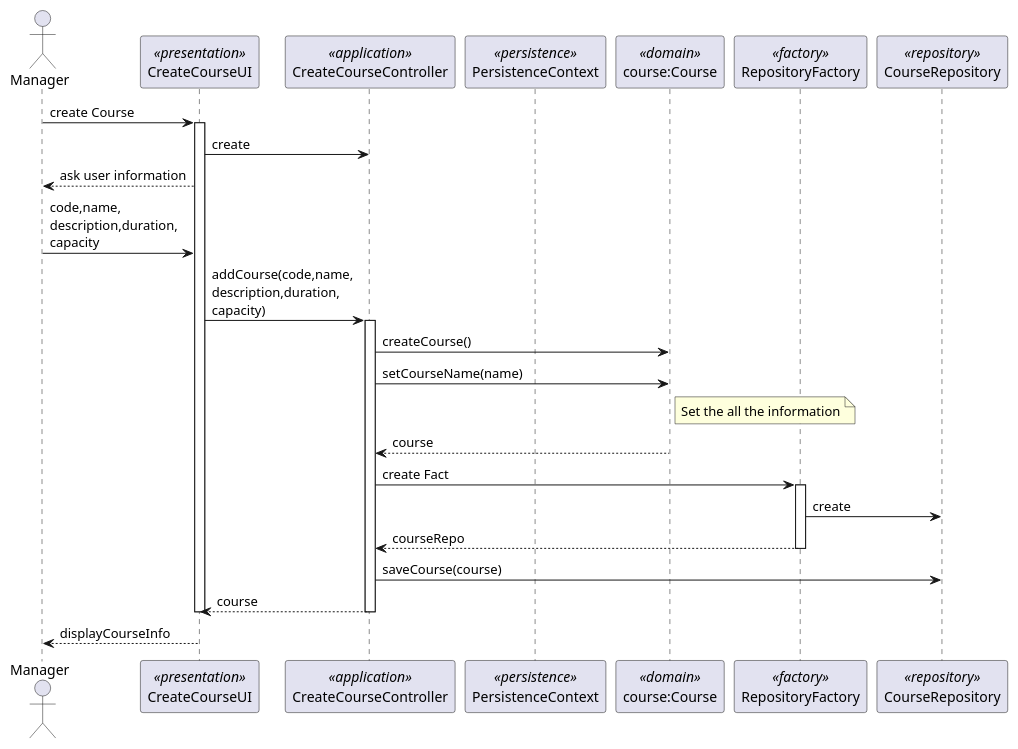
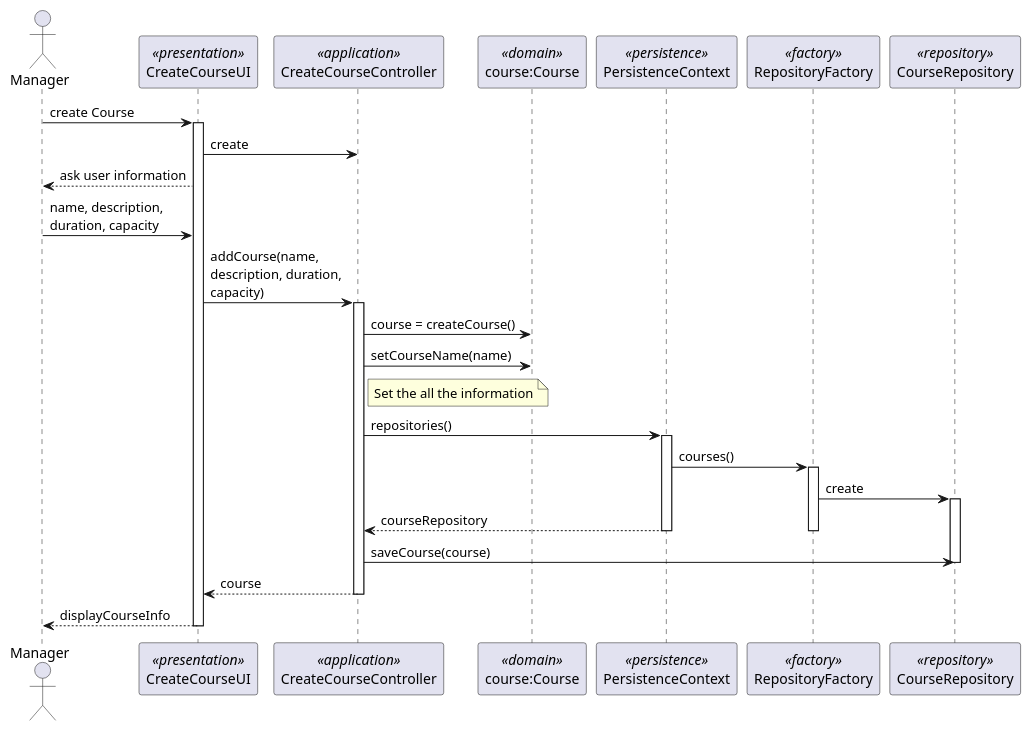
Before and after one commit to jovami/isep-lapr4: the diagram in docs/createCourse/SD.puml, drawn with PlantUML. The commit also changed 1 other file, not shown here.

Commit message:
docs(us_3002): Create Board Design

```diff
--- a/docs/createCourse/SD.puml
+++ b/docs/createCourse/SD.puml
@@ -1,37 +1,40 @@
 @startuml
 
 skinparam packageStyle rect
 skinparam shadowing false
 
 actor Manager as Actor
 participant CreateCourseUI as UI <<presentation>> order 1
 participant CreateCourseController as Controller <<application>> order 2
-participant PersistenceContext as Persistence <<persistence>> order 3
-participant CreateCourseUi as UI <<presentation>> order 4
-participant "course:Course" as Course <<domain>> order 5
-participant RepositoryFactory as Fact <<factory>> order 6
-participant CourseRepository as Repo <<repository>> order 7
+participant "course:Course" as Course <<domain>> order 3
+participant PersistenceContext as Persistence <<persistence>> order 4
+participant RepositoryFactory as Fact <<factory>> order 5
+participant CourseRepository as Repo <<repository>> order 6
 
 Actor -> UI : create Course
 activate UI
     UI -> Controller : create
     Actor <-- UI : ask user information
-    Actor -> UI : code,name,\ndescription,duration,\ncapacity
-    UI -> Controller : addCourse(code,name,\ndescription,duration,\ncapacity)
+    Actor -> UI : name, description,\nduration, capacity
+    UI -> Controller : addCourse(name,\ndescription, duration,\ncapacity)
     activate Controller
-            Controller -> Course : createCourse()
+            Controller -> Course : course = createCourse()
             Controller -> Course : setCourseName(name)
-            note right of Course: Set the all the information
-            Controller <-- Course : course
-            Controller -> Fact : create Fact
+            note right of Controller: Set the all the information
+            Controller -> Persistence : repositories()
+            activate Persistence
+            Persistence -> Fact : courses()
             activate Fact
                 Fact -> Repo : create
-                Controller <-- Fact: courseRepo
-            deactivate Fact
+                activate Repo
+                Controller <-- Persistence: courseRepository
+                deactivate Fact
+                deactivate Persistence
         Controller -> Repo : saveCourse(course)
+        deactivate Repo
     UI <-- Controller : course
     deactivate Controller
+Actor <-- UI : displayCourseInfo
 deactivate UI
-Actor <-- UI : displayCourseInfo
 
 @enduml
```
